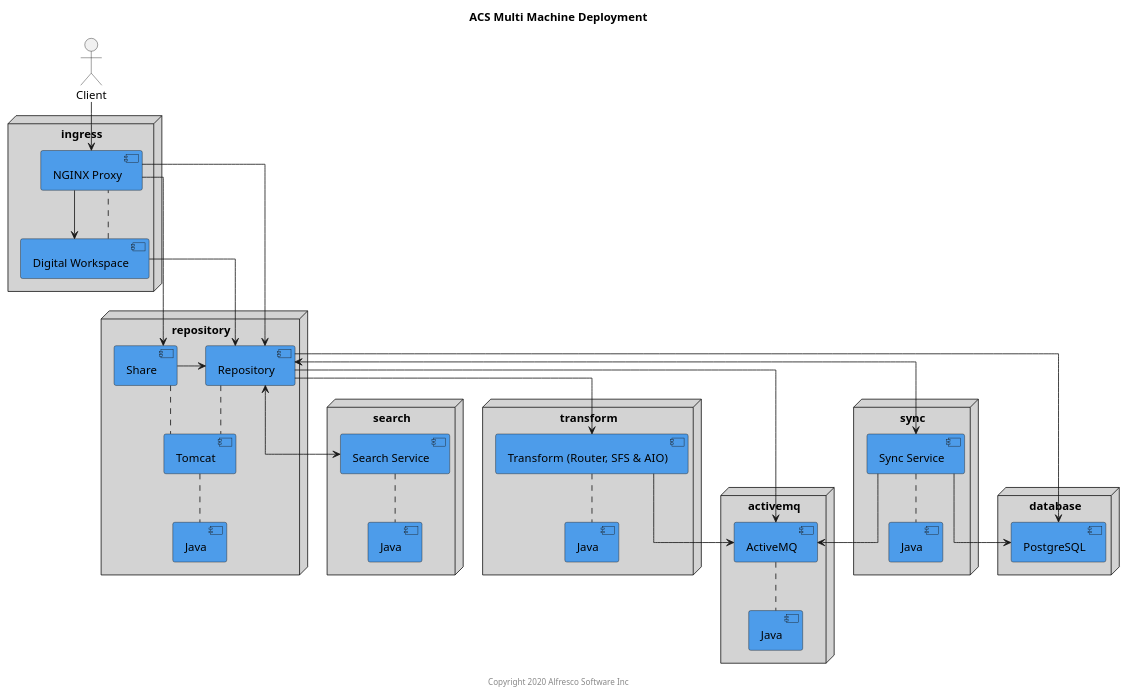
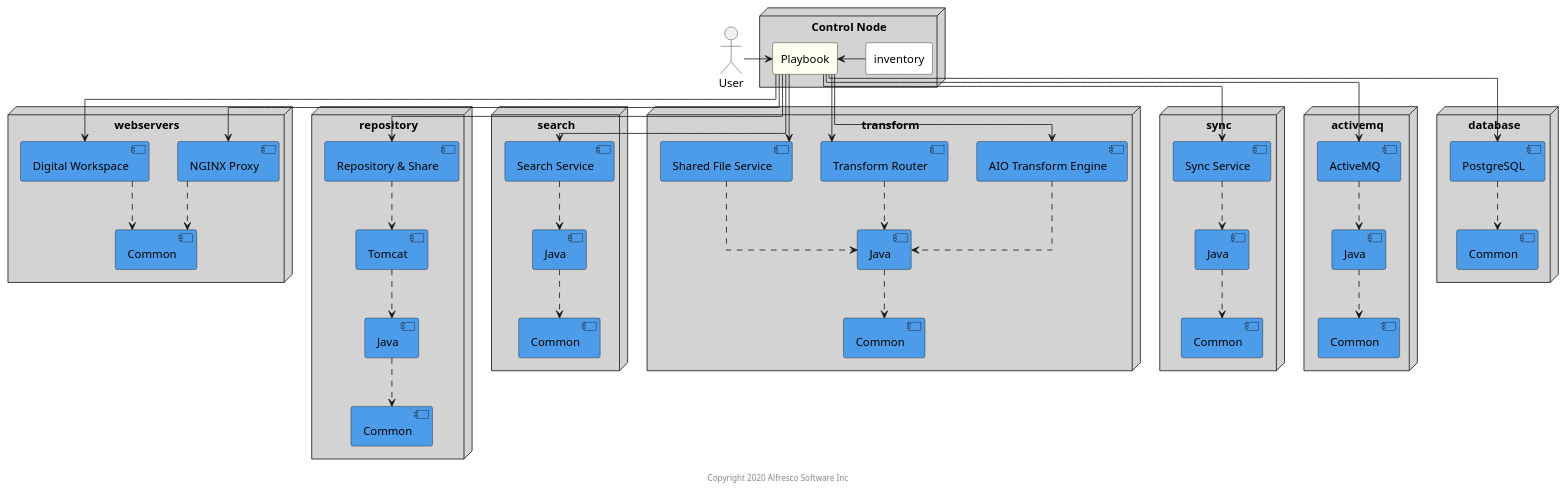
The diagram in docs/resources/acs-multi-machine.puml (Alfresco/alfresco-ansible-deployment), drawn with PlantUML before and after one commit. The commit also changed 19 other files, not shown here.

Commit message:
Updated documents and diagrams [skip ci]

```diff
--- a/docs/resources/acs-multi-machine.puml
+++ b/docs/resources/acs-multi-machine.puml
@@ -1,80 +1,92 @@
-@startuml
-
-Title: ACS Multi Machine Deployment
+@startuml acs-multi-machine
 
 skinparam componentStyle uml2
 skinparam linetype ortho
-skinparam rectangle {
-    BorderStyle dashed
+
+actor User
+
+node "Control Node" as "control" #LightGrey {
+    rectangle "Playbook" as playbook #Ivory
+
+    rectangle "inventory" #White
 }
 
-actor Client
-
-node "ingress" as ingressnode #lightgrey {
+node "webservers" as ingressnode #lightgrey {
     component "NGINX Proxy" as proxy #4d9cea
     component "Digital Workspace" as adw #4d9cea
+    component "Common" as webserverscommon #4d9cea
 }
 
 node "repository" as reponode #lightgrey {
-    component "Repository" as repo #4d9cea
-    component "Share" as share #4d9cea
+    component "Repository & Share" as repo #4d9cea
     component "Tomcat" as tomcat  #4d9cea
     component "Java" as repojava #4d9cea
+    component "Common" as repocommon #4d9cea
 }
 
 node "search" as searchnode #lightgrey {
     component "Search Service" as search #4d9cea
     component "Java" as searchjava #4d9cea
+    component "Common" as searchcommon #4d9cea
 }
 
 node "transform" as transformnode #lightgrey {
-    component "Transform (Router, SFS & AIO)" as transform #4d9cea
+    component "AIO Transform Engine" as tengine #4d9cea
+    component "Transform Router" as trouter #4d9cea
+    component "Shared File Service" as sfs #4d9cea
     component "Java" as transformjava #4d9cea
+    component "Common" as transformcommon #4d9cea
 }
 
 node "sync" as syncnode #lightgrey {
     component "Sync Service" as sync #4d9cea
     component "Java" as syncjava #4d9cea
+    component "Common" as synccommon #4d9cea
 }
 
 node "activemq" as amqnode #lightgrey {
     component "ActiveMQ" as amq #4d9cea
     component "Java" as amqjava #4d9cea
+    component "Common" as amqcommon #4d9cea
 }
 
 node "database" as dbnode #lightgrey {
     component "PostgreSQL" as psql #4d9cea
+    component "Common" as dbcommon #4d9cea
 }
 
-adw .. proxy
-repo .. tomcat
-share .. tomcat
-tomcat .. repojava
-search .. searchjava
-transform .. transformjava
-sync .. syncjava
-amq .. amqjava
+User -> playbook
+playbook <- inventory
 
-Client --> proxy
+playbook -down-> psql
+playbook -down-> amq
+playbook -down-> tengine
+playbook -down-> search
+playbook -down-> repo
+playbook -down-> trouter
+playbook -down-> sfs
+playbook -down-> sync
+playbook -down-> proxy
+playbook -down-> adw
 
-proxy --> repo
-proxy --> share
-proxy --> adw
+amq .down.> amqjava
+adw .down.> webserverscommon
+proxy .down.> webserverscommon
+psql .down.> dbcommon
+repo .down.> tomcat
+search .down.> searchjava
+sfs .down.> transformjava
+sync .down.> syncjava
+tomcat .down.> repojava
+tengine .down.> transformjava
+trouter .down.> transformjava
 
-share -right-> repo
-adw --> repo
-
-repo --> psql
-repo --> transform
-repo --> amq
-repo <--> search
-repo <--> sync
-
-transform --> amq
-
-sync --> amq
-sync --> psql
+amqjava .down.> amqcommon
+searchjava .down.> searchcommon
+transformjava .down.> transformcommon
+syncjava .down.> synccommon
+repojava .down.> repocommon
 
 center footer Copyright 2020 Alfresco Software Inc
 
 @enduml
```
